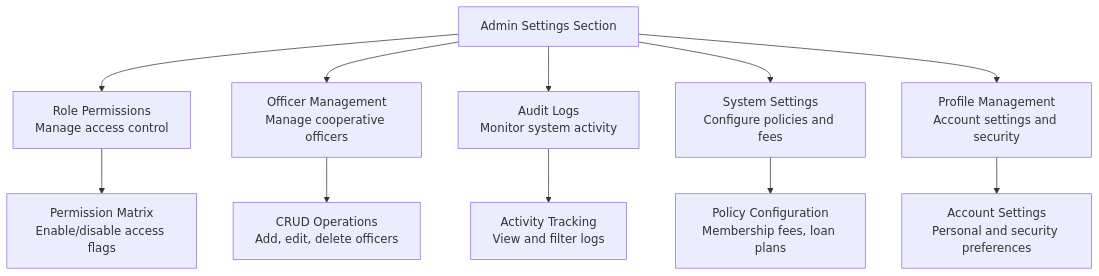
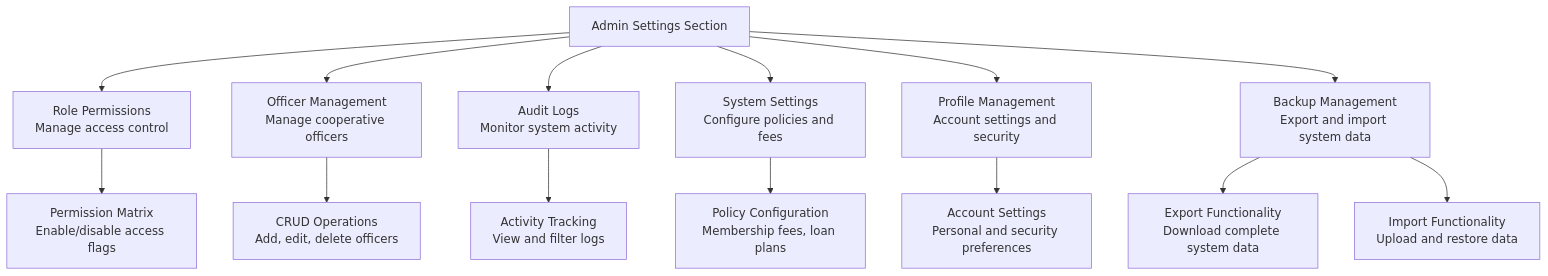
Before and after one commit to Unsure-bry/sampacoop_system: the tenth of 20 diagrams in .qoder/repowiki/en/content/Project Overview/Core Features & Functionality/Administrative Features/Administrative Features.md, drawn with Mermaid. The commit also changed other lines of this file and 14 other files, not shown here.

````diff
--- a/.qoder/repowiki/en/content/Project Overview/Core Features & Functionality/Administrative Features/Administrative Features.md
+++ b/.qoder/repowiki/en/content/Project Overview/Core Features & Functionality/Administrative Features/Administrative Features.md
@@ -464,13 +477,16 @@
 ```mermaid
 flowchart TD
 AdminSettings["Admin Settings Section"] --> RolePermissions["Role Permissions<br/>Manage access control"]
 AdminSettings --> OfficerManagement["Officer Management<br/>Manage cooperative officers"]
 AdminSettings --> AuditLogs["Audit Logs<br/>Monitor system activity"]
 AdminSettings --> SystemSettings["System Settings<br/>Configure policies and fees"]
 AdminSettings --> ProfileManagement["Profile Management<br/>Account settings and security"]
+AdminSettings --> Backup["Backup Management<br/>Export and import system data"]
 RolePermissions --> PermissionMatrix["Permission Matrix<br/>Enable/disable access flags"]
 OfficerManagement --> CRUDOperations["CRUD Operations<br/>Add, edit, delete officers"]
 AuditLogs --> ActivityTracking["Activity Tracking<br/>View and filter logs"]
 SystemSettings --> PolicyConfiguration["Policy Configuration<br/>Membership fees, loan plans"]
 ProfileManagement --> AccountSettings["Account Settings<br/>Personal and security preferences"]
+Backup --> ExportFunctionality["Export Functionality<br/>Download complete system data"]
+Backup --> ImportFunctionality["Import Functionality<br/>Upload and restore data"]
 ```
````
